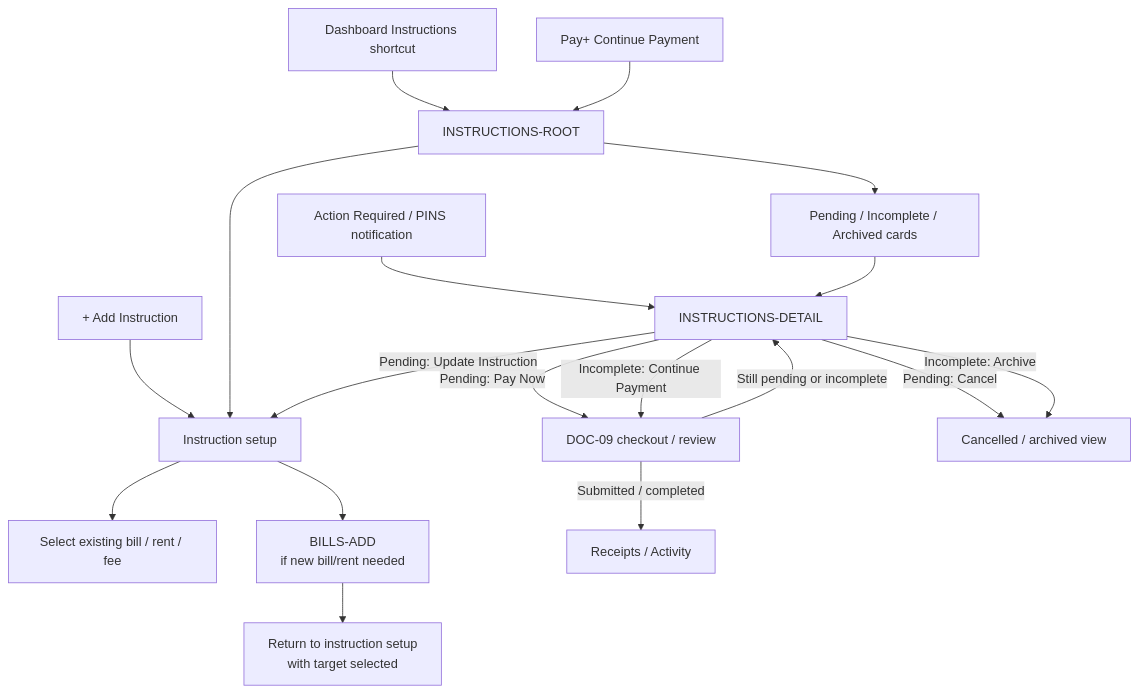
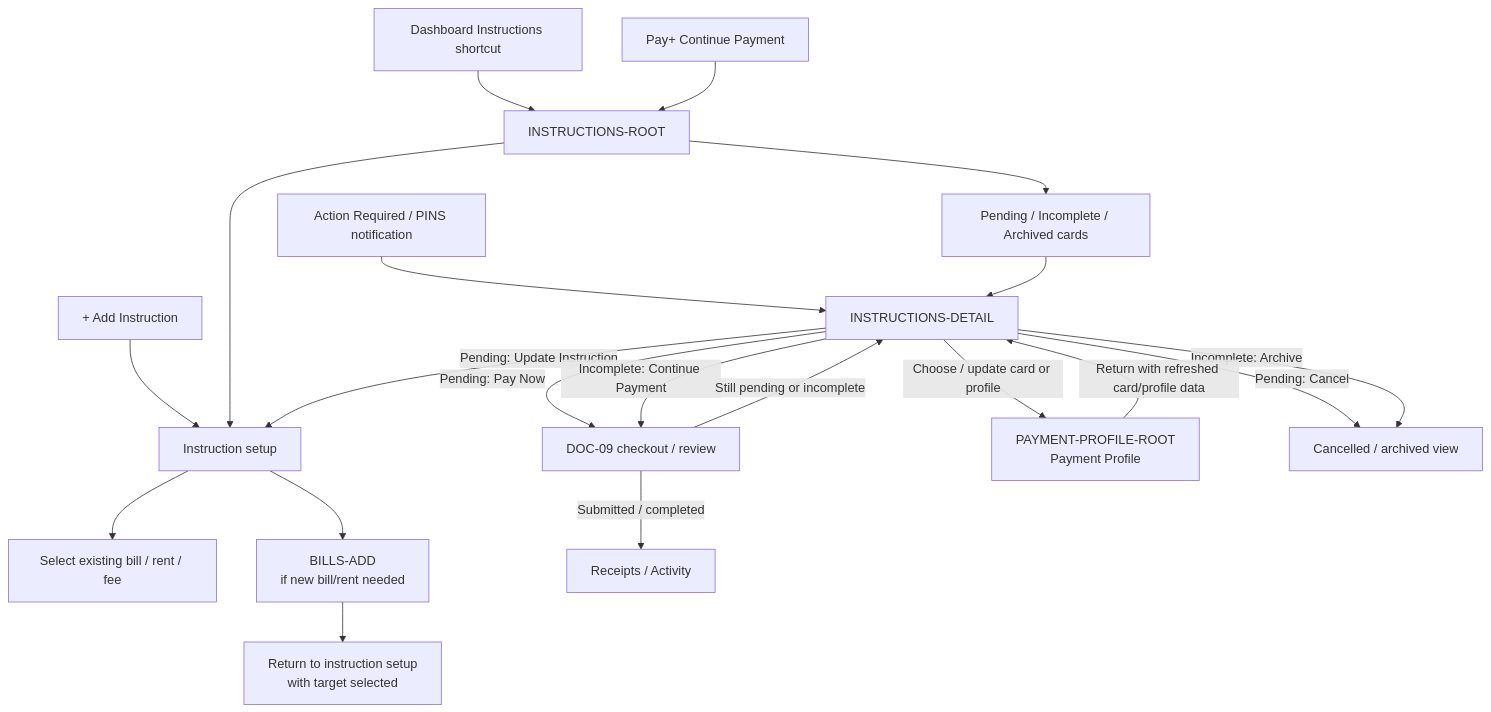
Before and after one commit to adminpayplus/payplus-docs: the fourth of 5 diagrams in docs/diagrams/payplus-app-route-entry-map.md, drawn with Mermaid. The commit also changed other lines of this file, not shown here.

Commit message:
Clarify payment profile route handoff chart

````diff
--- a/docs/diagrams/payplus-app-route-entry-map.md
+++ b/docs/diagrams/payplus-app-route-entry-map.md
@@ -108,24 +108,27 @@
 ```mermaid
 flowchart TD
   ENTRY1["Dashboard Instructions shortcut"] --> IROOT["INSTRUCTIONS-ROOT"]
   ENTRY2["Pay+ Continue Payment"] --> IROOT
   ENTRY3["Action Required / PINS notification"] --> IDETAIL["INSTRUCTIONS-DETAIL"]
   ENTRY4["+ Add Instruction"] --> ISETUP["Instruction setup"]
 
   IROOT --> ICARDS["Pending / Incomplete / Archived cards"]
   ICARDS --> IDETAIL
   IROOT --> ISETUP
 
   ISETUP --> BSELECT["Select existing bill / rent / fee"]
   ISETUP --> BADD["BILLS-ADD<br/>if new bill/rent needed"]
   BADD --> ISETUPRETURN["Return to instruction setup<br/>with target selected"]
 
   IDETAIL -->|"Pending: Pay Now"| CHECKOUT["DOC-09 checkout / review"]
   IDETAIL -->|"Pending: Update Instruction"| ISETUP
+  IDETAIL -->|"Choose / update card or profile"| PPROOT["PAYMENT-PROFILE-ROOT<br/>Payment Profile"]
   IDETAIL -->|"Pending: Cancel"| IARCHIVE["Cancelled / archived view"]
   IDETAIL -->|"Incomplete: Continue Payment"| CHECKOUT
   IDETAIL -->|"Incomplete: Archive"| IARCHIVE
 
+  PPROOT -->|"Return with refreshed card/profile data"| IDETAIL
+
   CHECKOUT -->|"Submitted / completed"| ACTIVITY["Receipts / Activity"]
   CHECKOUT -->|"Still pending or incomplete"| IDETAIL
 ```
````
